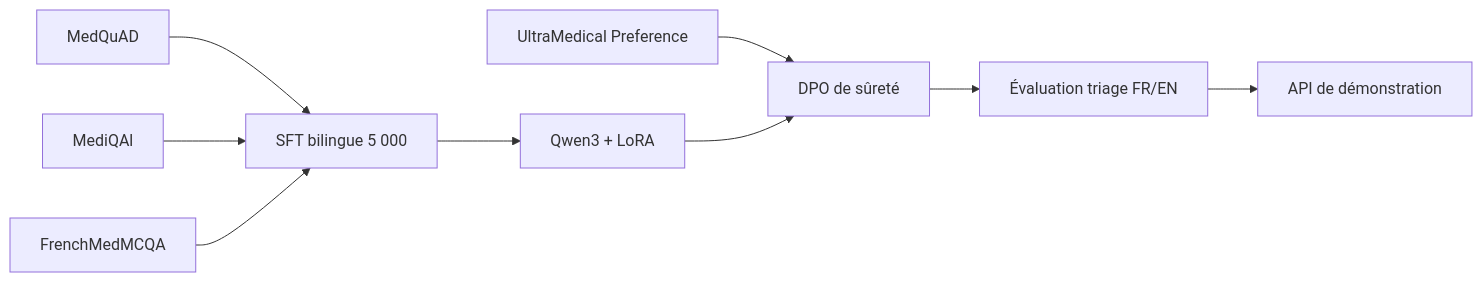
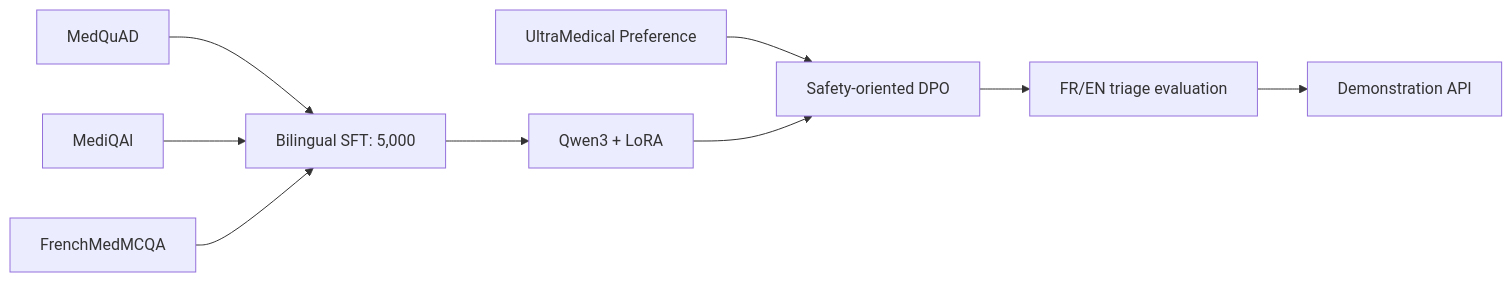
The diagram in README.md (ppluton/medical-triage-llm-poc), drawn with Mermaid before and after one commit. The commit also changed other lines of this file and 1 other file, not shown here.

````diff
--- a/README.md
+++ b/README.md
@@ -16,11 +18,11 @@
 ```mermaid
 flowchart LR
-  A[MedQuAD] --> D[SFT bilingue 5 000]
+  A[MedQuAD] --> D[Bilingual SFT: 5,000]
   B[MediQAl] --> D
   C[FrenchMedMCQA] --> D
   D --> E[Qwen3 + LoRA]
-  U[UltraMedical Preference] --> F[DPO de sûreté]
+  U[UltraMedical Preference] --> F[Safety-oriented DPO]
   E --> F
-  F --> G[Évaluation triage FR/EN]
-  G --> H[API de démonstration]
+  F --> G[FR/EN triage evaluation]
+  G --> H[Demonstration API]
 ```
````
